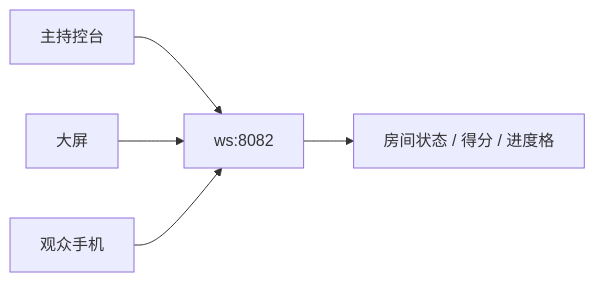
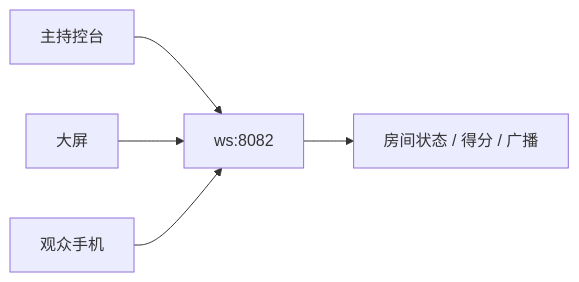
Before and after one commit to Aieylisyh/SlidesFactory: the diagram in guides/QUIZ_LIVE_GUIDE.md, drawn with Mermaid. The commit also changed other lines of this file and 14 other files, not shown here.

````diff
--- a/guides/QUIZ_LIVE_GUIDE.md
+++ b/guides/QUIZ_LIVE_GUIDE.md
@@ -15,7 +15,7 @@
 ```mermaid
 flowchart LR
     Admin[主持控台] --> Relay[ws:8082]
     Screen[大屏] --> Relay
     Phone[观众手机] --> Relay
-    Relay --> State[房间状态 / 得分 / 进度格]
+    Relay --> State[房间状态 / 得分 / 广播]
 ```
````
